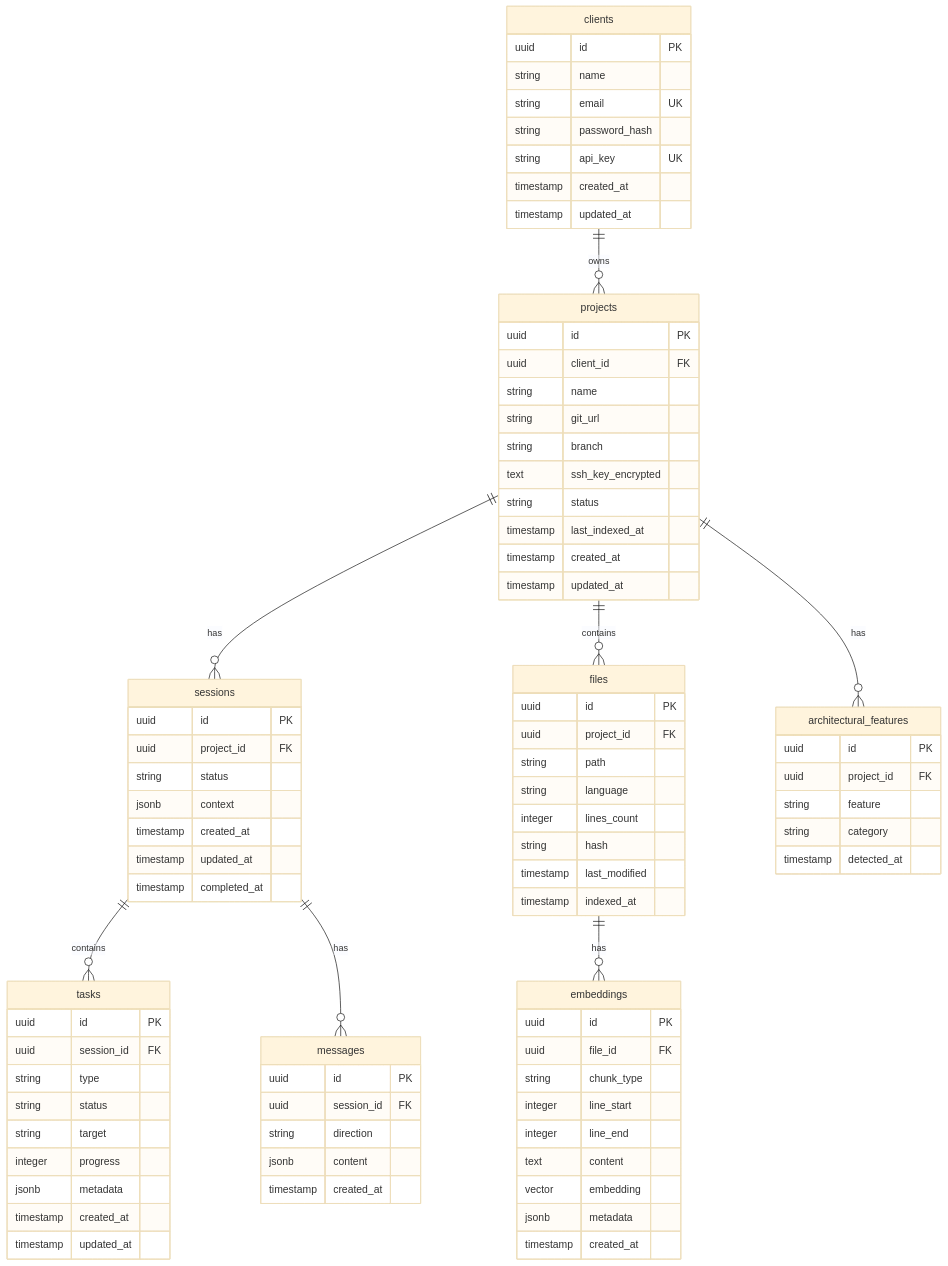
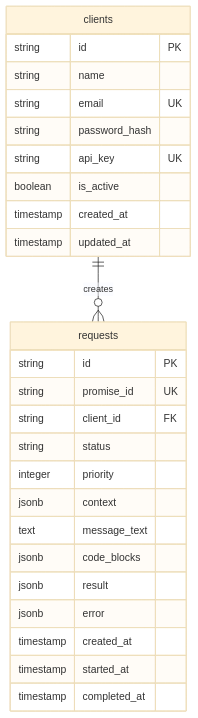
One commit to donkeyhotshow/a2a-script-agent-autonomy changed the diagram in plans/a2a-server-database-schema.md. Above: the diagram before and after it, drawn with Mermaid (base theme). The commit also changed other lines of this file and 87 other files, not shown here.

````diff
--- a/plans/a2a-server-database-schema.md
+++ b/plans/a2a-server-database-schema.md
@@ -13,94 +27,31 @@
 ```mermaid
 erDiagram
-    clients ||--o{ projects : owns
-    projects ||--o{ sessions : has
-    sessions ||--o{ tasks : contains
-    sessions ||--o{ messages : has
-    projects ||--o{ files : contains
-    files ||--o{ embeddings : has
-    projects ||--o{ architectural_features : has
+    clients ||--o{ requests : creates
     
     clients {
-        uuid id PK
+        string id PK
         string name
         string email UK
         string password_hash
         string api_key UK
+        boolean is_active
         timestamp created_at
         timestamp updated_at
     }
-    
-    projects {
-        uuid id PK
-        uuid client_id FK
-        string name
-        string git_url
-        string branch
-        text ssh_key_encrypted
+
+    requests {
+        string id PK
+        string promise_id UK
+        string client_id FK
         string status
-        timestamp last_indexed_at
+        integer priority
+        jsonb context
+        text message_text
+        jsonb code_blocks
+        jsonb result
+        jsonb error
         timestamp created_at
-        timestamp updated_at
-    }
-    
-    sessions {
-        uuid id PK
-        uuid project_id FK
-        string status
-        jsonb context
-        timestamp created_at
-        timestamp updated_at
+        timestamp started_at
         timestamp completed_at
     }
-    
-    tasks {
-        uuid id PK
-        uuid session_id FK
-        string type
-        string status
-        string target
-        integer progress
-        jsonb metadata
-        timestamp created_at
-        timestamp updated_at
-    }
-    
-    messages {
-        uuid id PK
-        uuid session_id FK
-        string direction
-        jsonb content
-        timestamp created_at
-    }
-    
-    files {
-        uuid id PK
-        uuid project_id FK
-        string path
-        string language
-        integer lines_count
-        string hash
-        timestamp last_modified
-        timestamp indexed_at
-    }
-    
-    embeddings {
-        uuid id PK
-        uuid file_id FK
-        string chunk_type
-        integer line_start
-        integer line_end
-        text content
-        vector embedding
-        jsonb metadata
-        timestamp created_at
-    }
-    
-    architectural_features {
-        uuid id PK
-        uuid project_id FK
-        string feature
-        string category
-        timestamp detected_at
-    }
 ```
````
